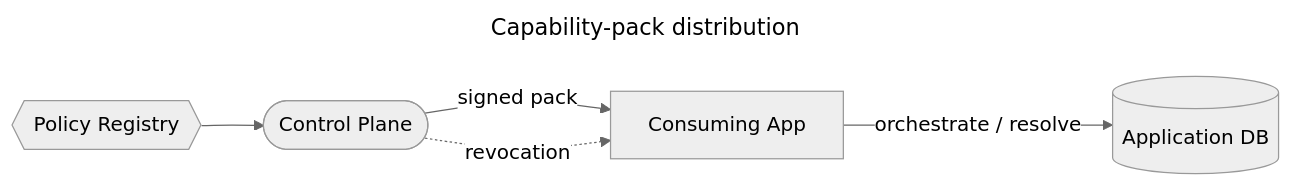
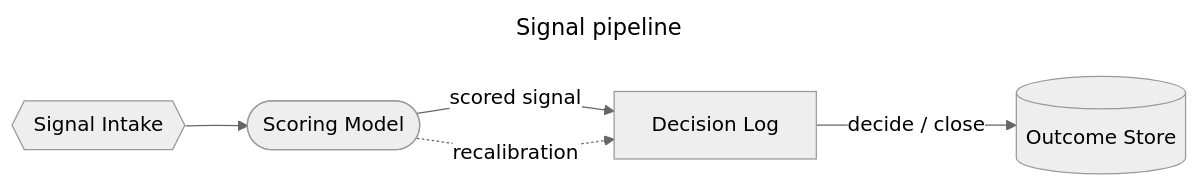
Before and after one commit to SlideWright/lattice: the first of 25 diagrams in lib/components/diagram/diagram/diagram.gallery.md, drawn with Mermaid (neutral theme). The commit also changed other lines of this file and 81 other files, not shown here.

````diff
--- a/lib/components/diagram/diagram/diagram.gallery.md
+++ b/lib/components/diagram/diagram/diagram.gallery.md
@@ -61,10 +61,10 @@
 ```mermaid
 ---
-title: Capability-pack distribution
+title: Signal pipeline
 ---
 flowchart LR
-  A{{"Policy Registry"}} --> B(["Control Plane"])
-  B -->|"signed pack"| C["Consuming App"]
-  C -->|"orchestrate / resolve"| D[("Application DB")]
-  B -.->|"revocation"| C
+  A{{"Signal Intake"}} --> B(["Scoring Model"])
+  B -->|"scored signal"| C["Decision Log"]
+  C -->|"decide / close"| D[("Outcome Store")]
+  B -.->|"recalibration"| C
 ```
````
